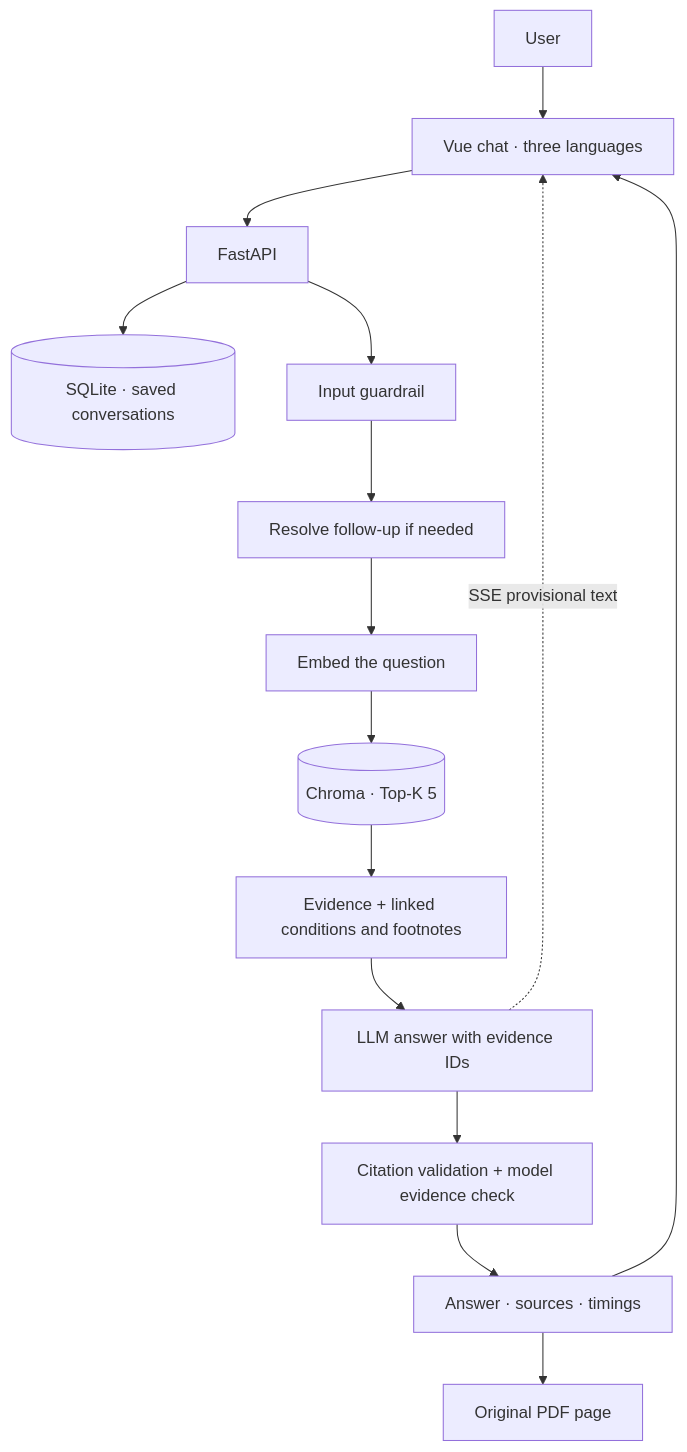
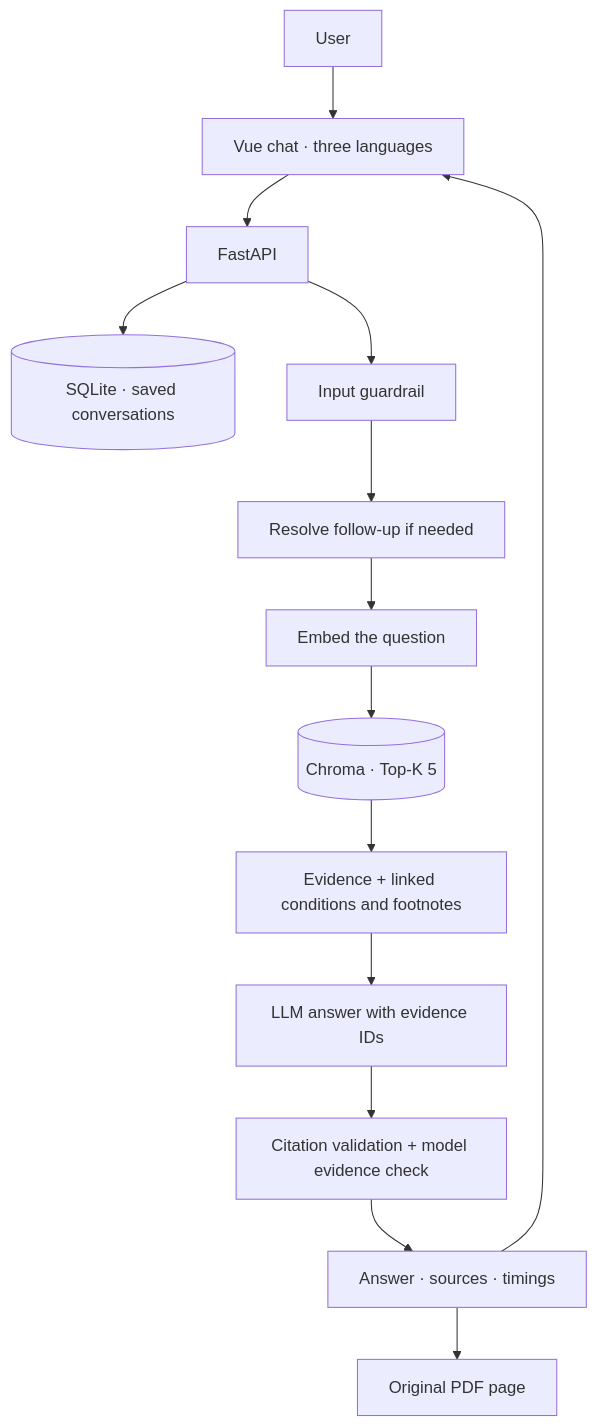
The diagram in README.md (newDarwin100/InsureTutor), drawn with Mermaid before and after one commit. The commit also changed other lines of this file and 10 other files, not shown here.

````diff
--- a/README.md
+++ b/README.md
@@ -57,17 +57,16 @@
 ```mermaid
 flowchart TD
     User --> UI[Vue chat · three languages]
     UI --> API[FastAPI]
     API --> History[(SQLite · saved conversations)]
     API --> Guard[Input guardrail]
     Guard --> Context[Resolve follow-up if needed]
     Context --> Embed[Embed the question]
     Embed --> DB[(Chroma · Top-K 5)]
     DB --> Evidence[Evidence + linked conditions and footnotes]
     Evidence --> Draft[LLM answer with evidence IDs]
-    Draft -. SSE provisional text .-> UI
     Draft --> Check[Citation validation + model evidence check]
     Check --> Result[Answer · sources · timings]
     Result --> UI
     Result --> PDF[Original PDF page]
 ```
````
